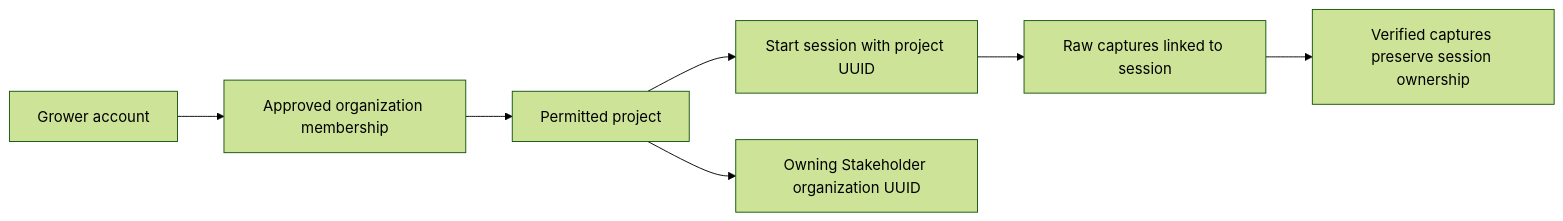
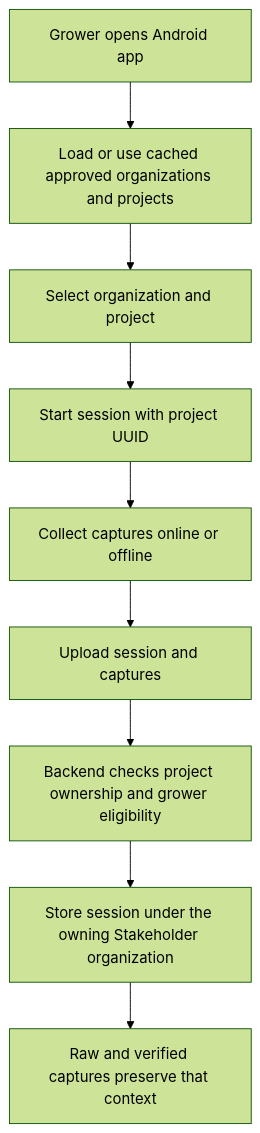
One commit to Greenstand/treetracker-decisions changed the fourth of 4 diagrams in 0024-stakeholder-membership-project-session-routing.md. Above: the diagram before and after it, drawn with Mermaid (forest theme). The commit also changed other lines of this file, not shown here.

Commit message:
docs: simplify membership ADR and illustrate core workflows

````diff
--- a/0024-stakeholder-membership-project-session-routing.md
+++ b/0024-stakeholder-membership-project-session-routing.md
@@ -81,9 +137,11 @@
 ```mermaid
-flowchart LR
-    A[Grower account] --> B[Approved organization membership]
-    B --> C[Permitted project]
+flowchart TD
+    A[Grower opens Android app] --> B[Load or use cached approved organizations and projects]
+    B --> C[Select organization and project]
     C --> D[Start session with project UUID]
-    D --> E[Raw captures linked to session]
-    C --> F[Owning Stakeholder organization UUID]
-    E --> G[Verified captures preserve session ownership]
+    D --> E[Collect captures online or offline]
+    E --> F[Upload session and captures]
+    F --> G[Backend checks project ownership and grower eligibility]
+    G --> H[Store session under the owning Stakeholder organization]
+    H --> I[Raw and verified captures preserve that context]
 ```
````
